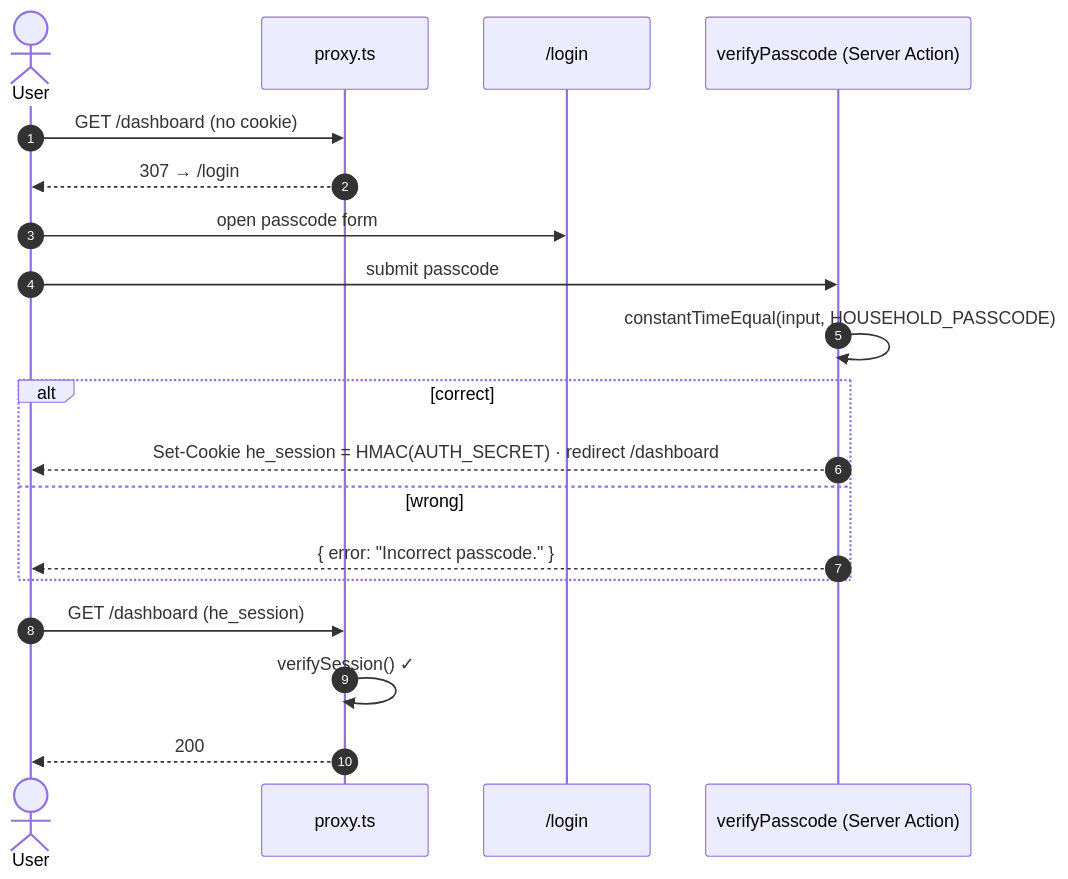
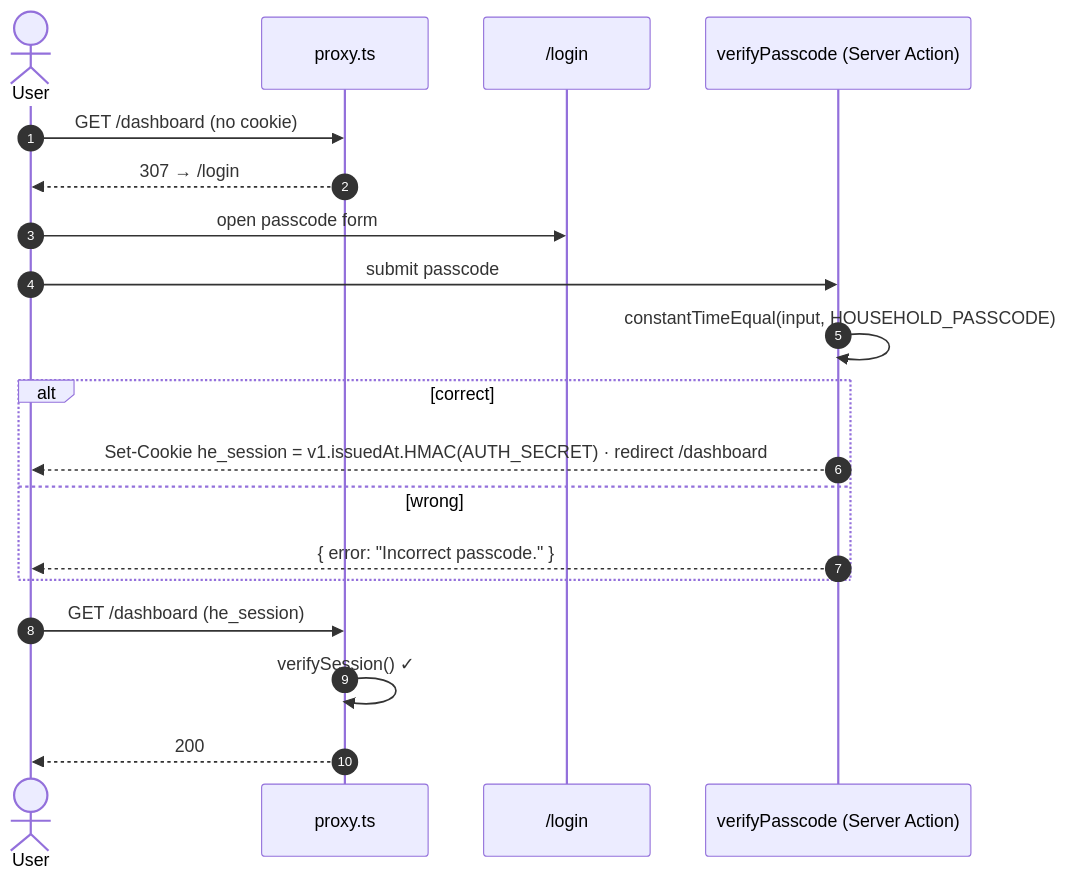
One commit to mangatinanda/outlay changed the fourth of 4 diagrams in README.md. Above: the diagram before and after it, drawn with Mermaid. The commit also changed other lines of this file and 5 other files, not shown here.

````diff
--- a/README.md
+++ b/README.md
@@ -199,22 +205,22 @@
 ```mermaid
 sequenceDiagram
     autonumber
     actor User
     participant Proxy as proxy.ts
     participant Login as /login
     participant Verify as verifyPasscode (Server Action)
 
     User->>Proxy: GET /dashboard (no cookie)
     Proxy-->>User: 307 → /login
     User->>Login: open passcode form
     User->>Verify: submit passcode
     Verify->>Verify: constantTimeEqual(input, HOUSEHOLD_PASSCODE)
     alt correct
-        Verify-->>User: Set-Cookie he_session = HMAC(AUTH_SECRET) · redirect /dashboard
+        Verify-->>User: Set-Cookie he_session = v1.issuedAt.HMAC(AUTH_SECRET) · redirect /dashboard
     else wrong
         Verify-->>User: { error: "Incorrect passcode." }
     end
     User->>Proxy: GET /dashboard (he_session)
     Proxy->>Proxy: verifySession() ✓
     Proxy-->>User: 200
 ```
````
